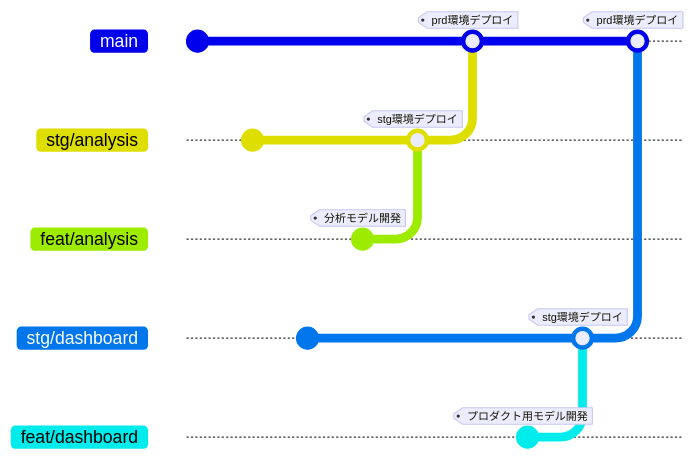
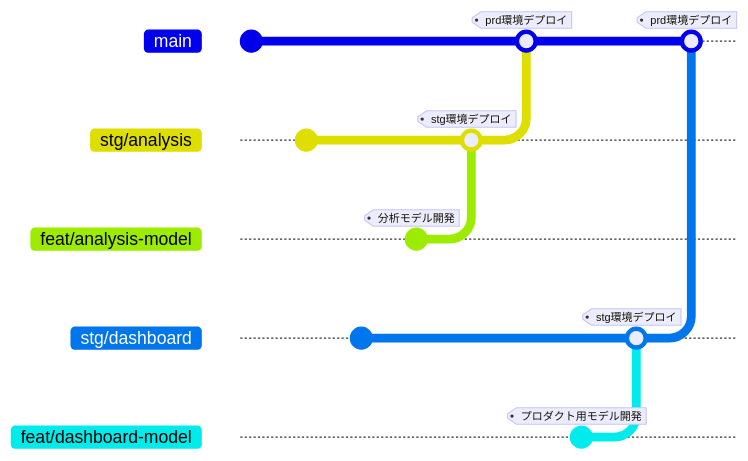
One commit to wxy-zzz/articles changed the diagram in articles/ivry-dbt-into-trocco-workflow-20241119.md. Above: the diagram before and after it, drawn with Mermaid. The commit also changed other lines of this file and 2 other files, not shown here. Commit ids are hidden.

````diff
--- a/articles/ivry-dbt-into-trocco-workflow-20241119.md
+++ b/articles/ivry-dbt-into-trocco-workflow-20241119.md
@@ -85,25 +83,25 @@
 ```mermaid
 gitGraph
 	branch stg/analysis
-	branch feat/analysis
+	branch "feat/analysis-model"
 	branch stg/dashboard
-	branch feat/dashboard
+	branch "feat/dashboard-model"
 	checkout main
 	commit
 	checkout stg/analysis
 	commit
 	checkout stg/dashboard
 	commit
-	checkout feat/analysis
+	checkout "feat/analysis-model"
 	commit tag:"分析モデル開発"
 	checkout stg/analysis
-	merge feat/analysis tag:"stg環境デプロイ"
+	merge "feat/analysis-model" tag:"stg環境デプロイ"
 	checkout main
 	merge stg/analysis tag:"prd環境デプロイ"
-	checkout feat/dashboard
+	checkout "feat/dashboard-model"
 	commit tag:"プロダクト用モデル開発"
 	checkout stg/dashboard
-	merge feat/dashboard tag:"stg環境デプロイ"
+	merge "feat/dashboard-model" tag:"stg環境デプロイ"
 	checkout main
 	merge stg/dashboard tag:"prd環境デプロイ"
 ```
````
